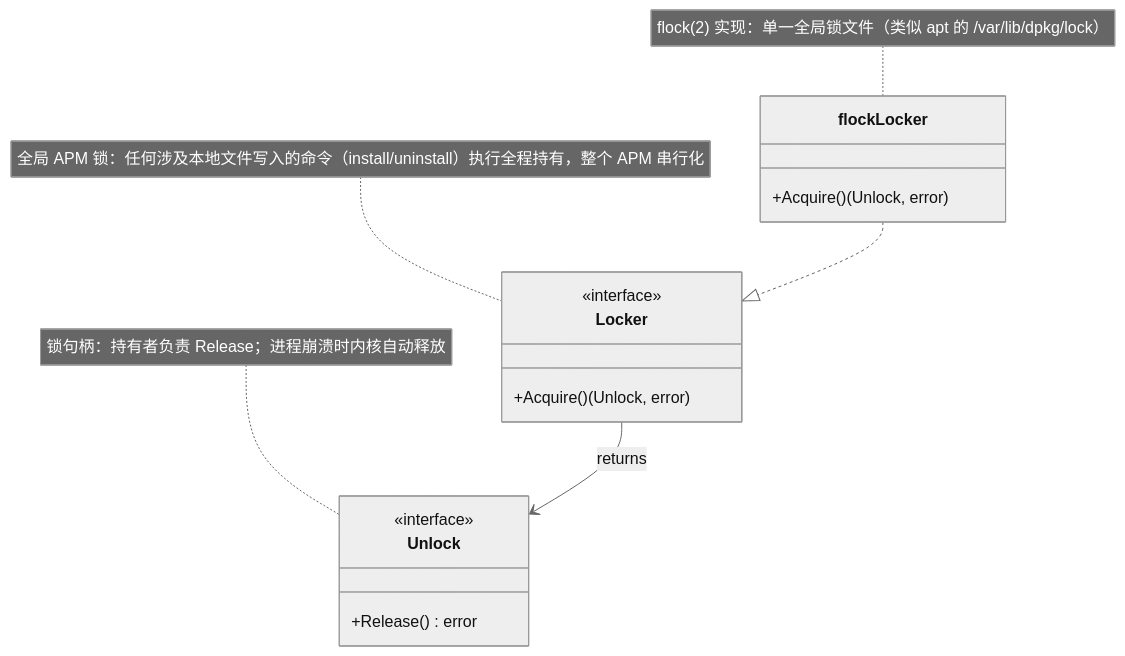
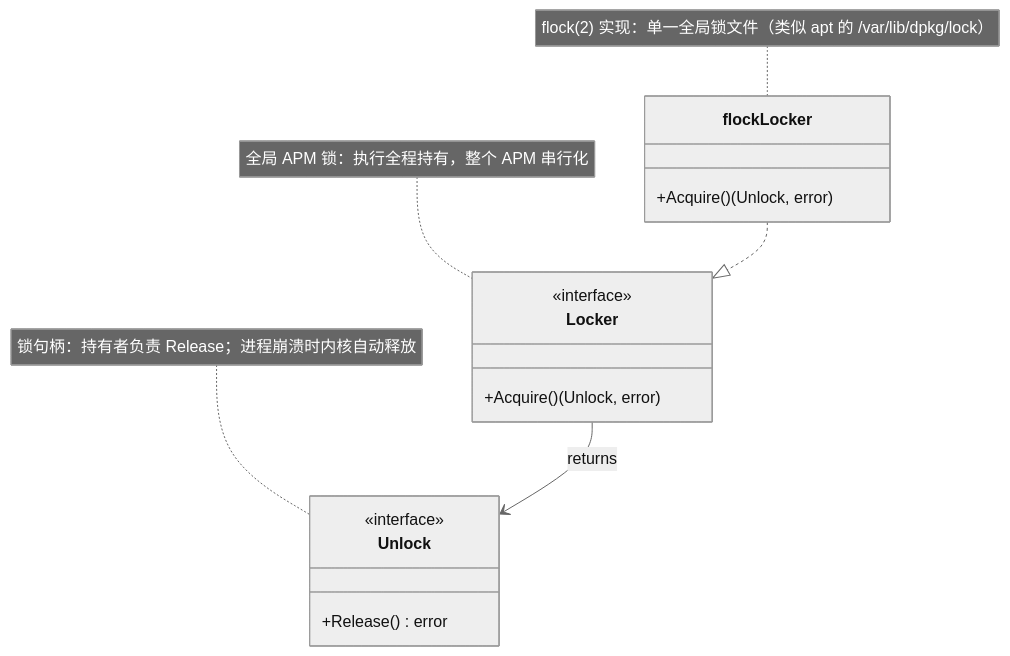
The diagram in ivory-tower/c4/components/apm-cli-diagrams/lock-manager.mmd (spacemit-com/agent-power-manager), drawn with Mermaid (neutral theme) before and after one commit. The commit also changed 1 other file, not shown here.

```diff
--- a/ivory-tower/c4/components/apm-cli-diagrams/lock-manager.mmd
+++ b/ivory-tower/c4/components/apm-cli-diagrams/lock-manager.mmd
@@ -1,20 +1,20 @@
 classDiagram
-    note for Locker "全局 APM 锁：任何涉及本地文件写入的命令（install/uninstall）执行全程持有，整个 APM 串行化"
+    note for Locker "全局 APM 锁：执行全程持有，整个 APM 串行化"
     class Locker {
         <<interface>>
         +Acquire() (Unlock, error)
     }
 
     note for Unlock "锁句柄：持有者负责 Release；进程崩溃时内核自动释放"
     class Unlock {
         <<interface>>
         +Release() error
     }
 
     note for flockLocker "flock(2) 实现：单一全局锁文件（类似 apt 的 /var/lib/dpkg/lock）"
     class flockLocker {
         +Acquire() (Unlock, error)
     }
 
     flockLocker ..|> Locker
     Locker --> Unlock : returns
```
